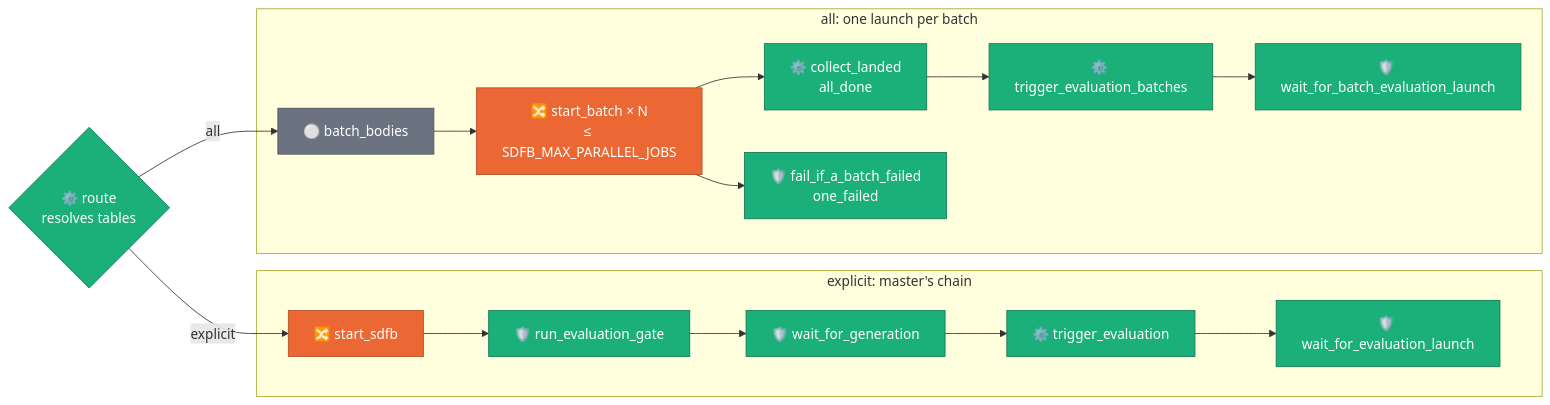
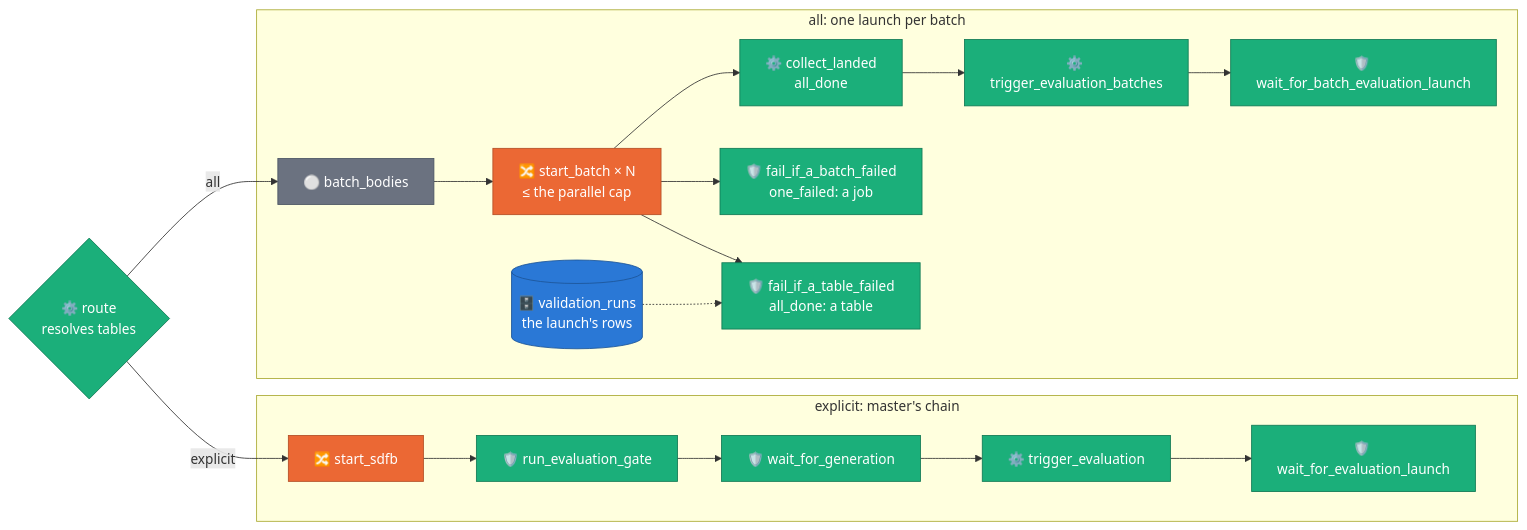
One commit to albertols/synthetic-llm-dataflow-bigquery changed the ninth of 12 diagrams in docs/adr/0045-whole-model-launches.md. Above: the diagram before and after it, drawn with Mermaid. The commit also changed other lines of this file and 6 other files, not shown here.

Commit message:
docs: ADR 0045 revised for table-level verdicts, the cap's precedence and the relationships_uri marker

````diff
--- a/docs/adr/0045-whole-model-launches.md
+++ b/docs/adr/0045-whole-model-launches.md
@@ -349,28 +390,32 @@
 ```mermaid
 flowchart LR
   classDef beam  fill:#eb6834,color:#fff,stroke:#b44f26
   classDef cpu   fill:#1baf7a,color:#fff,stroke:#127a55
   classDef gpu   fill:#7a3fd1,color:#fff,stroke:#5a2f9d
   classDef store fill:#2a78d6,color:#fff,stroke:#1d5599
   classDef data  fill:#6b7280,color:#fff,stroke:#4b5563
 
   R{"⚙️ route<br/>resolves tables"}:::cpu
   subgraph EX["explicit: master's chain"]
     S["🔀 start_sdfb"]:::beam
     G["🛡️ run_evaluation_gate"]:::cpu
     WG["🛡️ wait_for_generation"]:::cpu
     TE["⚙️ trigger_evaluation"]:::cpu
     WE["🛡️ wait_for_evaluation_launch"]:::cpu
   end
   subgraph AL["all: one launch per batch"]
     BB["⚪ batch_bodies"]:::data
-    SB["🔀 start_batch × N<br/>≤ SDFB_MAX_PARALLEL_JOBS"]:::beam
+    SB["🔀 start_batch × N<br/>≤ the parallel cap"]:::beam
     CL["⚙️ collect_landed<br/>all_done"]:::cpu
     TB["⚙️ trigger_evaluation_batches"]:::cpu
     WB["🛡️ wait_for_batch_evaluation_launch"]:::cpu
-    F["🛡️ fail_if_a_batch_failed<br/>one_failed"]:::cpu
+    F["🛡️ fail_if_a_batch_failed<br/>one_failed: a job"]:::cpu
+    FT["🛡️ fail_if_a_table_failed<br/>all_done: a table"]:::cpu
+    VR[("🗄️ validation_runs<br/>the launch's rows")]:::store
   end
   R -->|"explicit"| S --> G --> WG --> TE --> WE
   R -->|"all"| BB --> SB --> CL --> TB --> WB
   SB --> F
+  SB --> FT
+  VR -.-> FT
 ```
````
